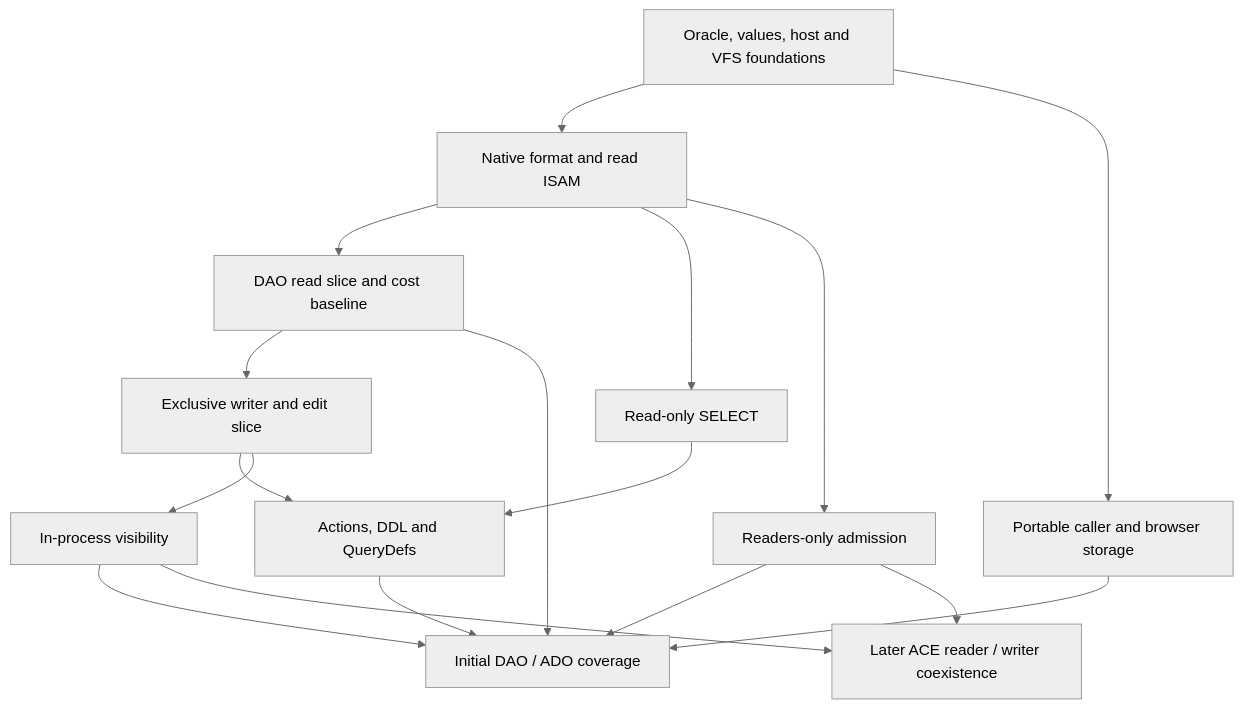
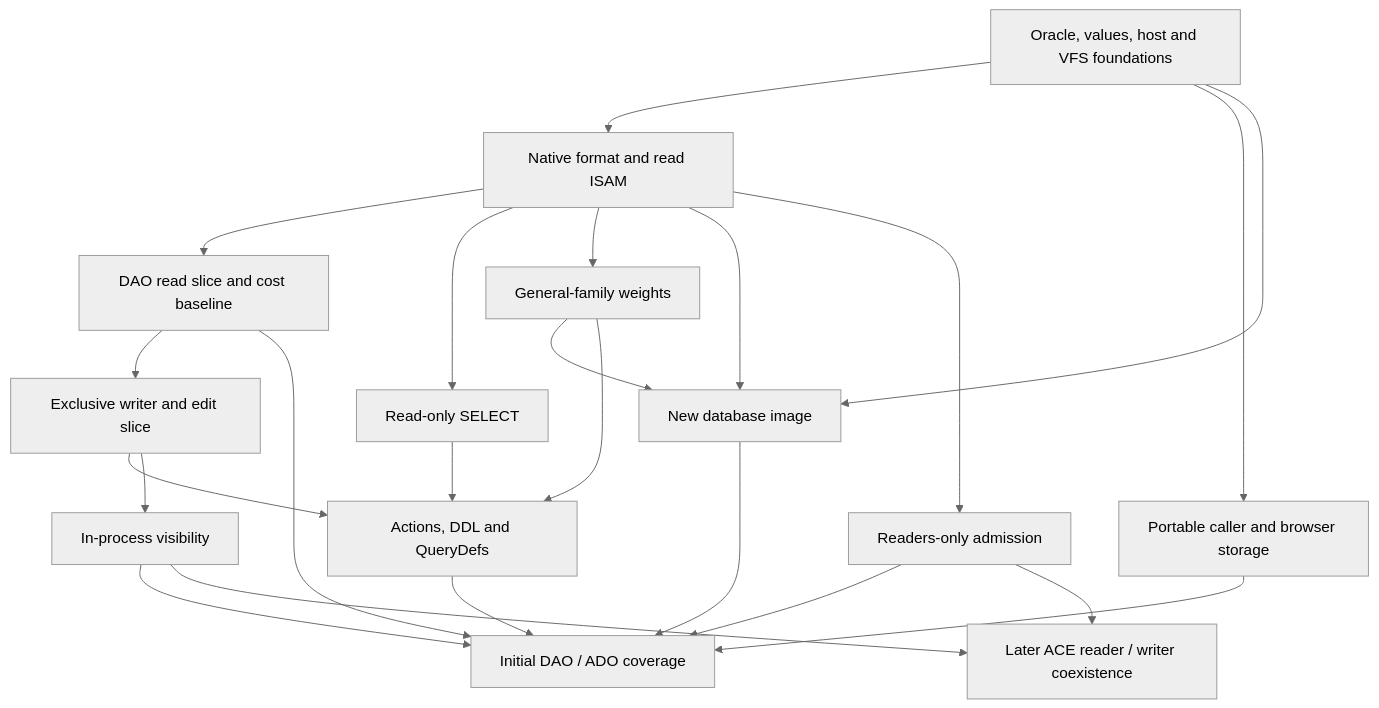
The second of 2 diagrams in docs/book/I-16-development.md (DnaCalc/CalcDb), drawn with Mermaid (neutral theme) before and after one commit. The commit also changed other lines of this file and 41 other files, not shown here.

````diff
--- a/docs/book/I-16-development.md
+++ b/docs/book/I-16-development.md
@@ -118,19 +124,25 @@
 ```mermaid
 flowchart TD
     F["Oracle, values, host and VFS foundations"] --> R["Native format and read ISAM"]
     F --> B["Portable caller and browser storage"]
     R --> D["DAO read slice and cost baseline"]
     R --> Q["Read-only SELECT"]
+    R --> T["General-family weights"]
+    R --> N["New database image"]
+    F --> N
+    T --> N
+    T --> A
     R --> L["Readers-only admission"]
     D --> W["Exclusive writer and edit slice"]
     W --> A["Actions, DDL and QueryDefs"]
     Q --> A
     W --> V["In-process visibility"]
     A --> I["Initial DAO / ADO coverage"]
+    N --> I
     D --> I
     L --> I
     V --> I
     B --> I
     V --> X["Later ACE reader / writer coexistence"]
     L --> X
 ```
````
